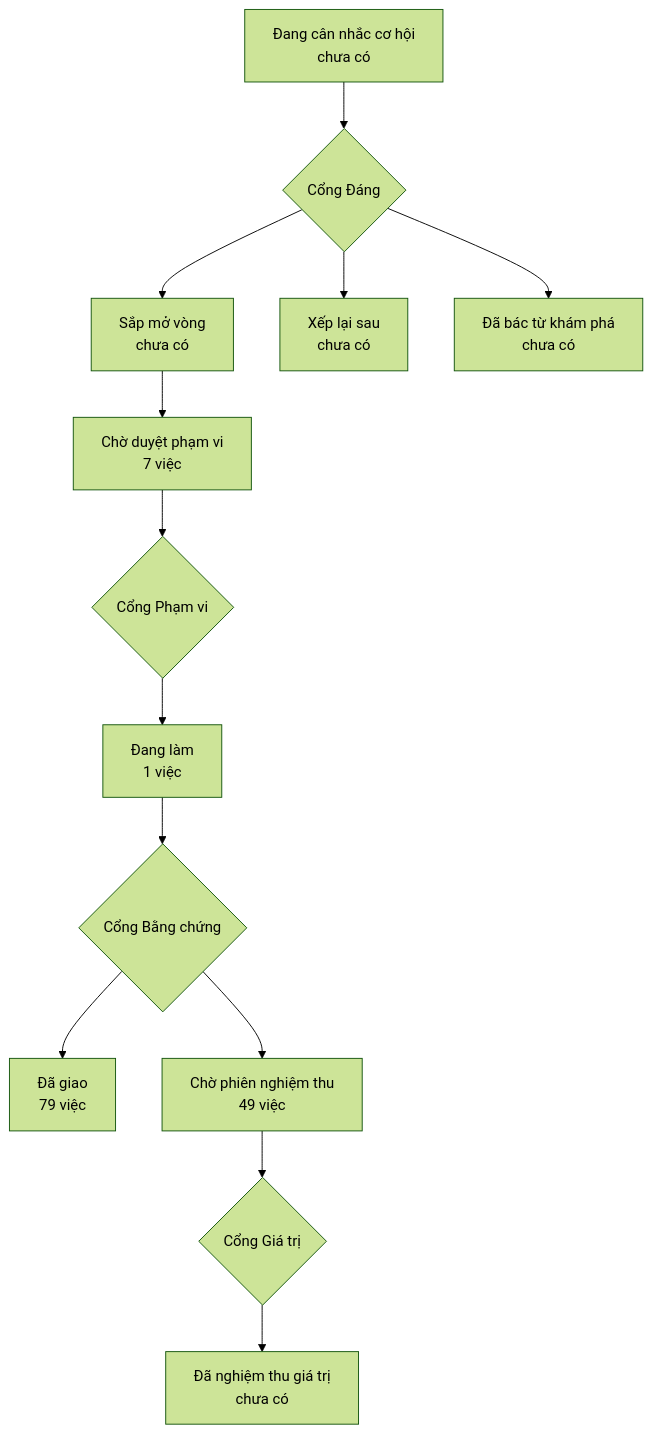
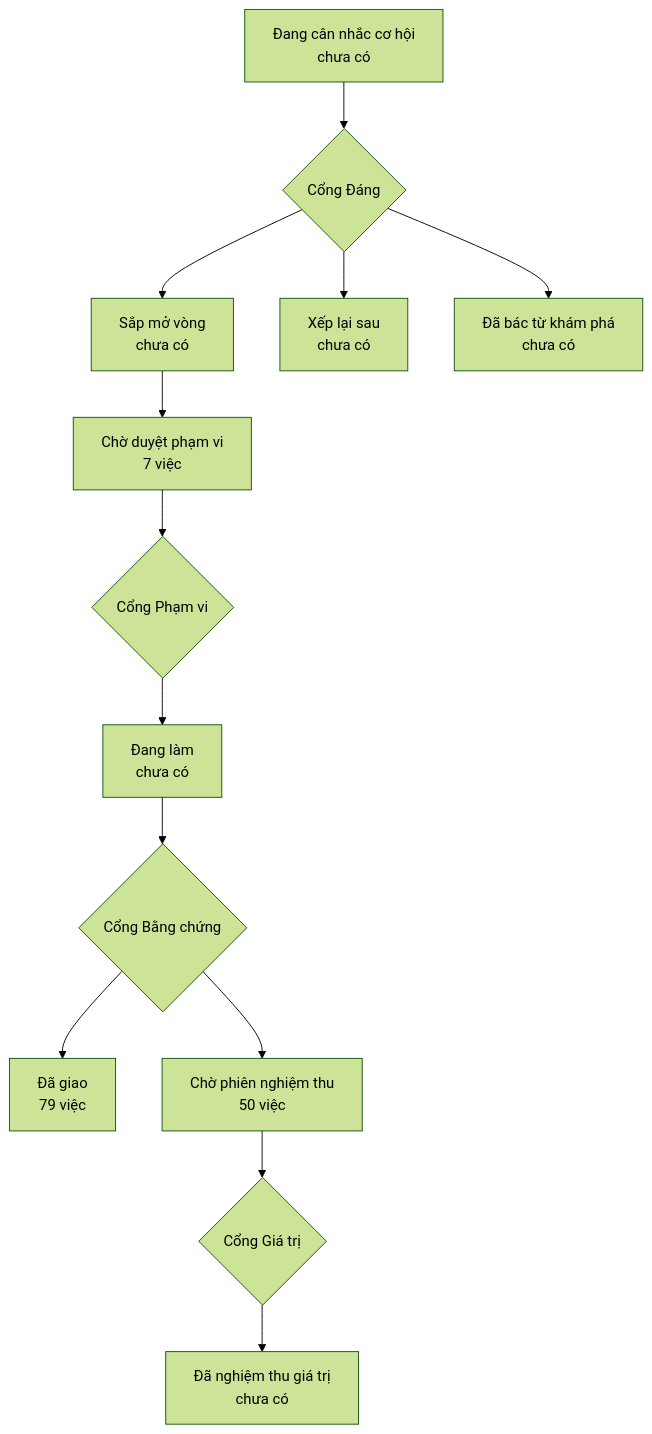
One commit to phanlemanh/onehub-invest changed the diagram in PRODUCT-MAP.md. Above: the diagram before and after it, drawn with Mermaid (forest theme). The commit also changed other lines of this file and 4 other files, not shown here.

````diff
--- a/PRODUCT-MAP.md
+++ b/PRODUCT-MAP.md
@@ -7,12 +7,12 @@
 ```mermaid
 flowchart TD
   A["Đang cân nhắc cơ hội<br/>chưa có"] --> GD{"Cổng Đáng"}
   GD --> B["Sắp mở vòng<br/>chưa có"]
   GD --> XL["Xếp lại sau<br/>chưa có"]
   GD --> DB["Đã bác từ khám phá<br/>chưa có"]
   B --> CD["Chờ duyệt phạm vi<br/>7 việc"] --> GP{"Cổng Phạm vi"}
-  GP --> DL["Đang làm<br/>1 việc"] --> GB{"Cổng Bằng chứng"}
+  GP --> DL["Đang làm<br/>chưa có"] --> GB{"Cổng Bằng chứng"}
   GB --> DG["Đã giao<br/>79 việc"]
-  GB --> CN["Chờ phiên nghiệm thu<br/>49 việc"] --> GG{"Cổng Giá trị"}
+  GB --> CN["Chờ phiên nghiệm thu<br/>50 việc"] --> GG{"Cổng Giá trị"}
   GG --> NT["Đã nghiệm thu giá trị<br/>chưa có"]
 ```
````
